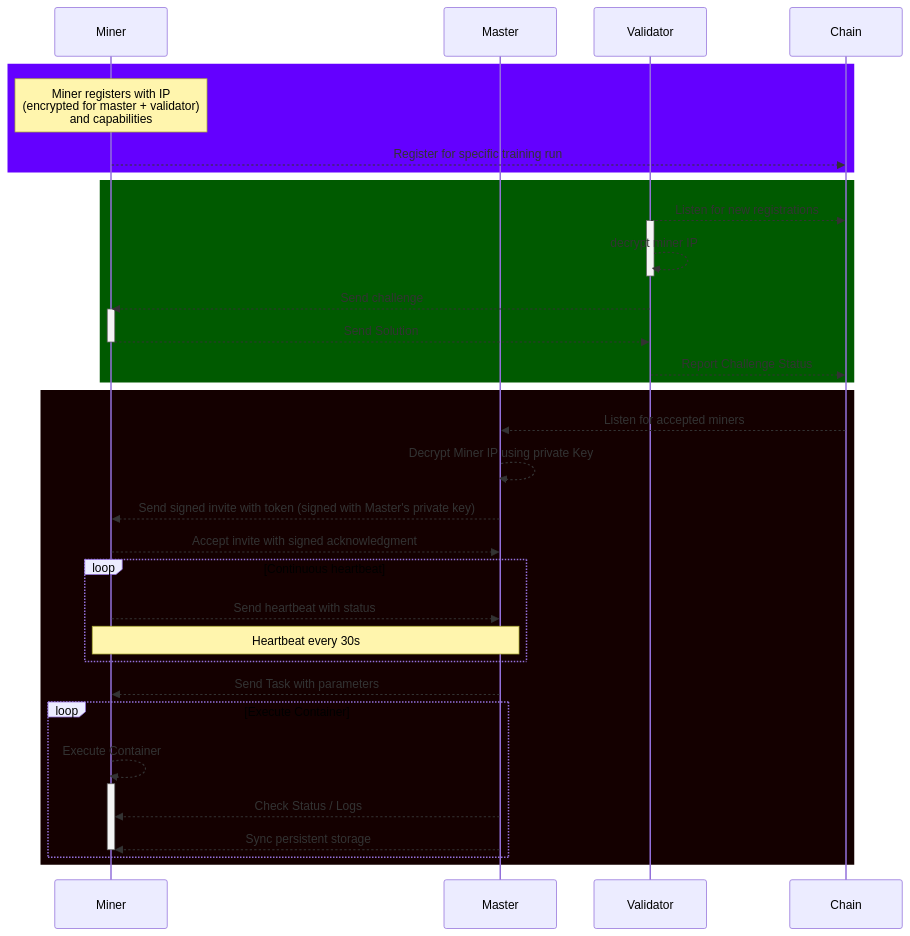
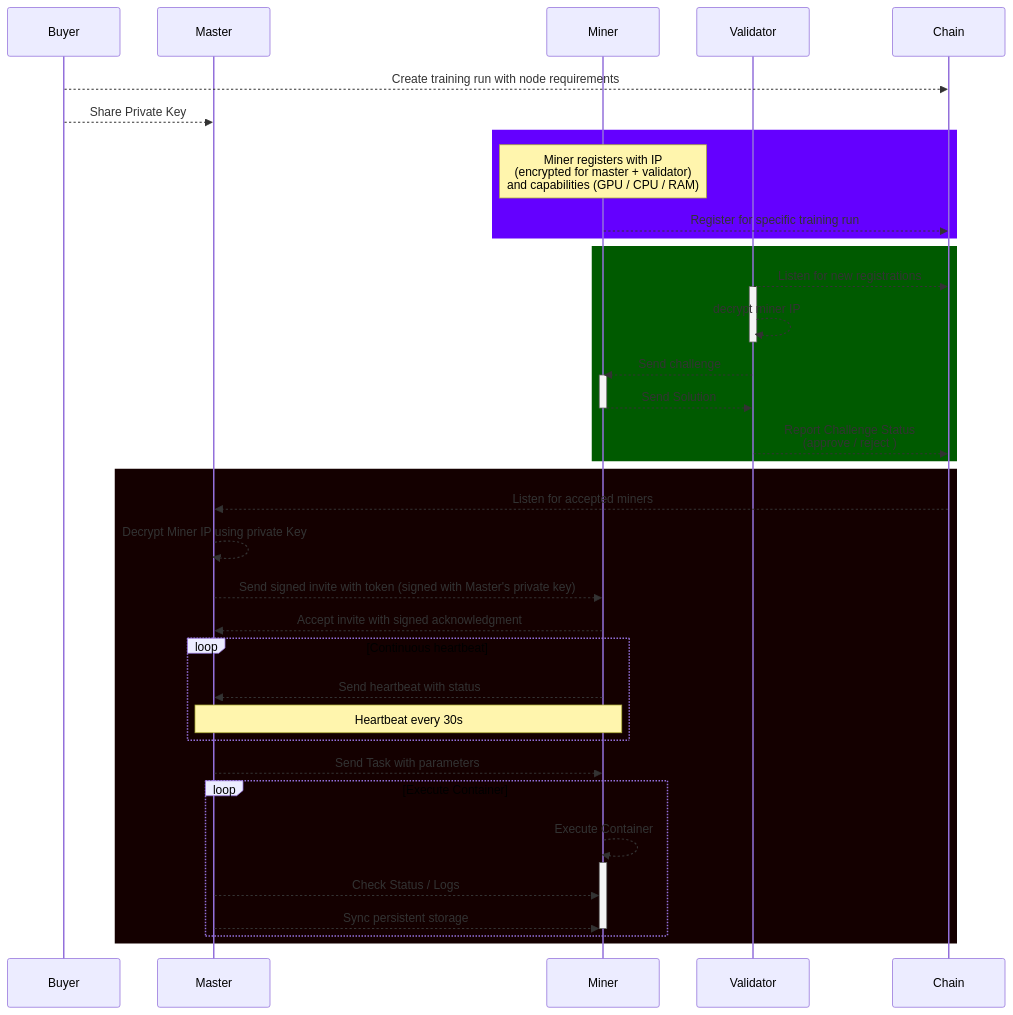
One commit to PrimeIntellect-ai/protocol changed the diagram in README.md. Above: the diagram before and after it, drawn with Mermaid. The commit also changed other lines of this file, not shown here.

````diff
--- a/README.md
+++ b/README.md
@@ -1,48 +4,53 @@
 ```mermaid
 sequenceDiagram  
 
+participant B as Buyer
+participant MA as Master 
+participant MA as Master 
 participant M as Miner  
-participant MA as Master 
 participant V as Validator
 participant C as Chain  
 
+B -->> C: Create training run with node requirements
+B -->> MA: Share Private Key 
+
 rect rgb(100, 0, 255)
-    Note over M: Miner registers with IP<br />(encrypted for master + validator)<br/>and capabilities
+    Note over M: Miner registers with IP<br />(encrypted for master + validator)<br/>and capabilities (GPU / CPU / RAM)
     M -->> C: Register for specific training run
 end 
 
 rect rgb(0, 90, 0)
 V -->> C: Listen for new registrations
 activate V 
 V -->> V: decrypt miner IP
 deactivate V
 V -->> M: Send challenge
 activate M
 M -->> V: Send Solution 
 deactivate M
-V -->> C: Report Challenge Status
+V -->> C: Report Challenge Status <br /> (approve / reject )
 
 end  
 
 rect rgb(20, 0, 0)
 C -->> MA: Listen for accepted miners 
 MA -->> MA: Decrypt Miner IP using private Key
 MA -->> M: Send signed invite with token (signed with Master's private key)
 M -->> MA: Accept invite with signed acknowledgment
 
 loop Continuous heartbeat
     M -->> MA: Send heartbeat with status
     Note over M,MA: Heartbeat every 30s
 end
 
 MA -->> M: Send Task with parameters
 loop Execute Container
     M -->> M: Execute Container
     activate M
     MA -->> M: Check Status / Logs 
     MA -->> M: Sync persistent storage 
     deactivate M
 end
 
 end
 ```
````
